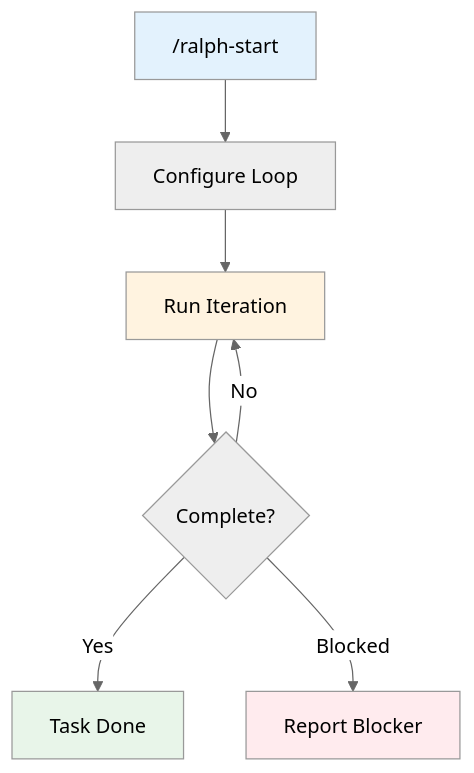
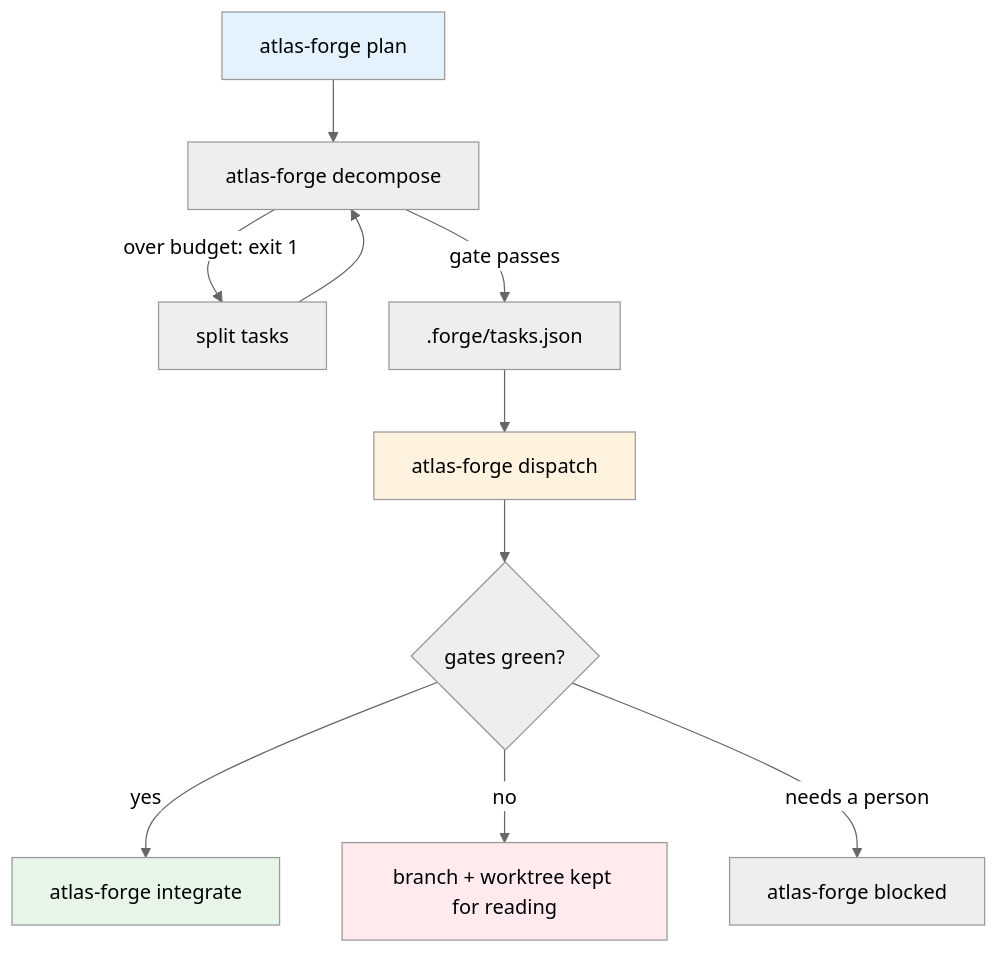
One commit to fgarofalo56/Supercharge_Microsoft_Fabric changed the seventh of 8 diagrams in .github/BACKGROUND_WORKFLOW.md. Above: the diagram before and after it, drawn with Mermaid (neutral theme). The commit also changed other lines of this file and 38 other files, not shown here.

````diff
--- a/.github/BACKGROUND_WORKFLOW.md
+++ b/.github/BACKGROUND_WORKFLOW.md
@@ -526,14 +541,17 @@
 ```mermaid
 flowchart TD
-    A["/ralph-start"] --> B["Configure Loop"]
-    B --> C["Run Iteration"]
-    C --> D{"Complete?"}
-    D -->|No| C
-    D -->|Yes| E["Task Done"]
-    D -->|Blocked| F["Report Blocker"]
-    
+    A["atlas-forge plan"] --> B["atlas-forge decompose"]
+    B -->|"over budget: exit 1"| B2["split tasks"]
+    B2 --> B
+    B -->|"gate passes"| C[".forge/tasks.json"]
+    C --> D["atlas-forge dispatch"]
+    D --> E{"gates green?"}
+    E -->|"yes"| F["atlas-forge integrate"]
+    E -->|"no"| G["branch + worktree kept for reading"]
+    E -->|"needs a person"| H["atlas-forge blocked"]
+
     style A fill:#e3f2fd
-    style C fill:#fff3e0
-    style E fill:#e8f5e9
-    style F fill:#ffebee
+    style D fill:#fff3e0
+    style F fill:#e8f5e9
+    style G fill:#ffebee
 ```
````
